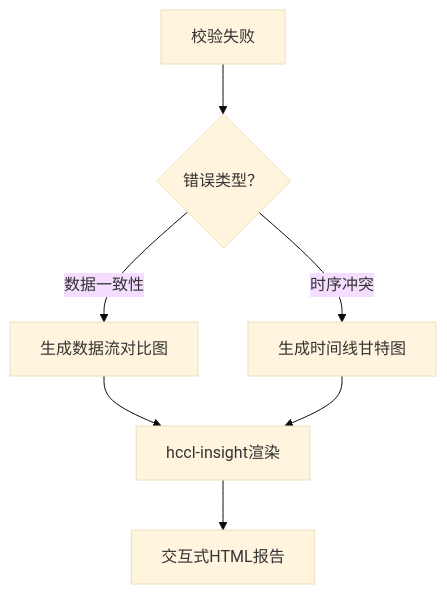
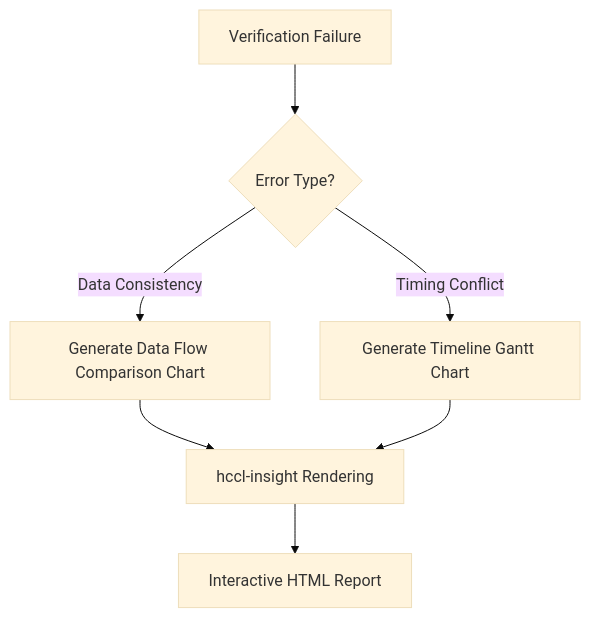
One commit to Atlas-Ascend-Fork/hcomm changed the fifth of 5 diagrams in test/hccl_vm/docs/hccl_simulator_en.md. Above: the diagram before and after it, drawn with Mermaid (base theme). The commit also changed other lines of this file and 73 other files, not shown here.

````diff
--- a/test/hccl_vm/docs/hccl_simulator_en.md
+++ b/test/hccl_vm/docs/hccl_simulator_en.md
@@ -406,8 +406,8 @@
 ```mermaid
 flowchart TB
-    A[校验失败] --> B{错误类型？}
-    B -->|数据一致性| C[生成数据流对比图]
-    B -->|时序冲突| D[生成时间线甘特图]
-    C & D --> E[hccl-insight渲染]
-    E --> F[交互式HTML报告]
+    A[Verification Failure] --> B{Error Type?}
+    B -->|Data Consistency| C[Generate Data Flow Comparison Chart]
+    B -->|Timing Conflict| D[Generate Timeline Gantt Chart]
+    C & D --> E[hccl-insight Rendering]
+    E --> F[Interactive HTML Report]
 ```
````
